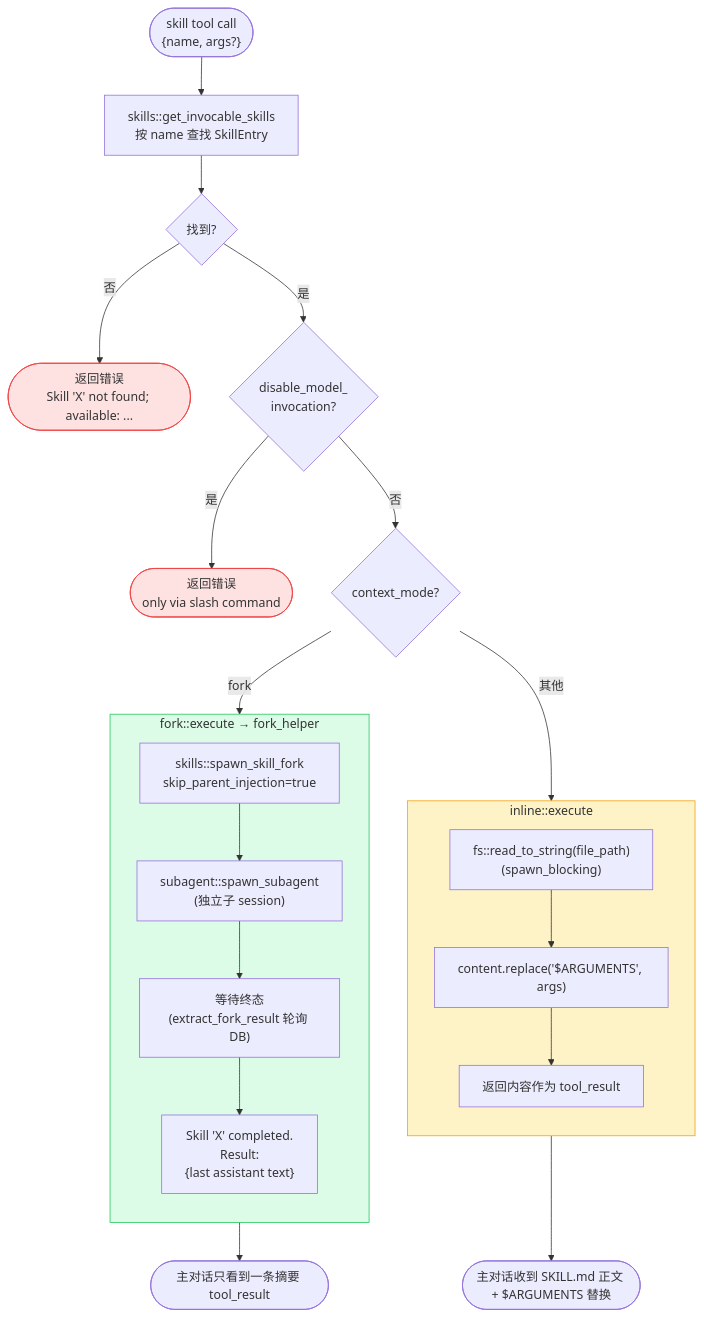
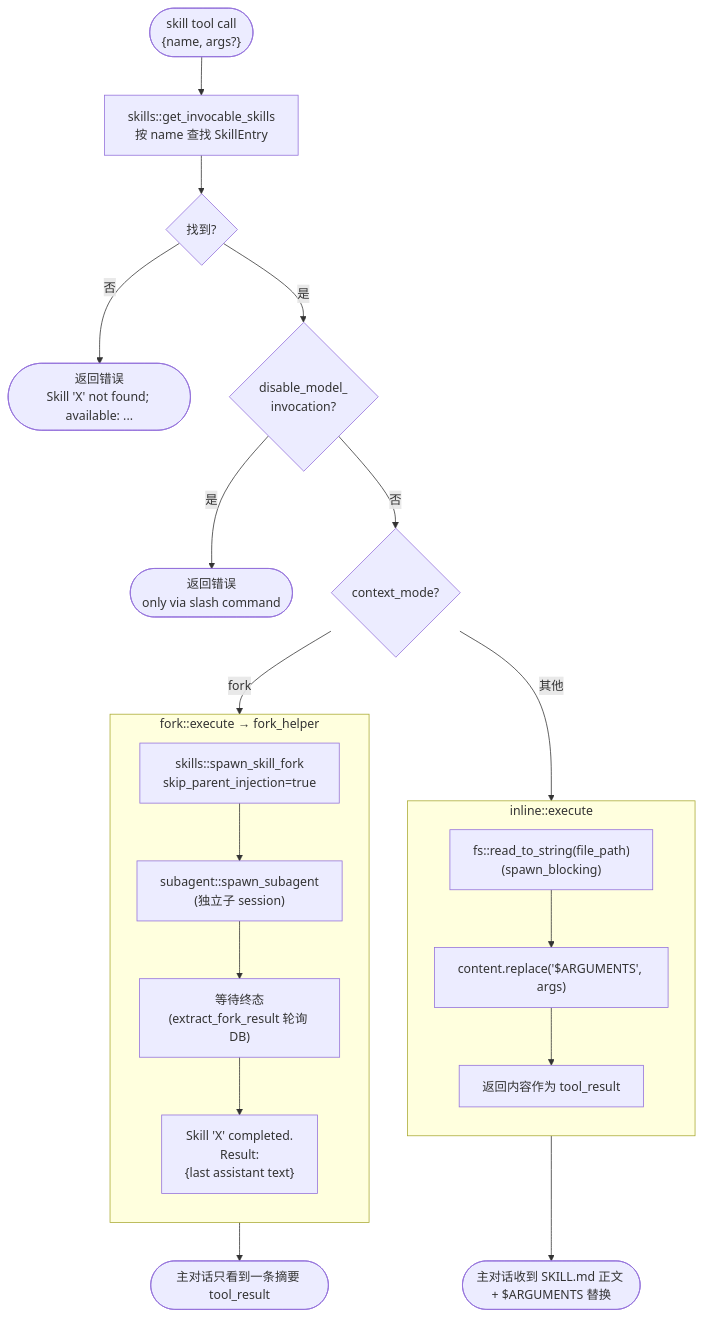
One commit to shiwenwen/hope-agent changed the fifth of 18 diagrams in docs/architecture/skill-system.md. Above: the diagram before and after it, drawn with Mermaid. The commit also changed other lines of this file and 13 other files, not shown here.

First line of the commit message:
docs: 移除 mermaid 图表中的自定义背景色填充

````diff
--- a/docs/architecture/skill-system.md
+++ b/docs/architecture/skill-system.md
@@ -468,33 +458,29 @@
 ```mermaid
 flowchart TD
     TOOL(["skill tool call<br/>{name, args?}"]) --> LOOKUP["skills::get_invocable_skills<br/>按 name 查找 SkillEntry"]
     LOOKUP --> FOUND{"找到?"}
     FOUND -->|否| ERR(["返回错误<br/>Skill 'X' not found; available: ..."])
     FOUND -->|是| DIM{"disable_model_<br/>invocation?"}
     DIM -->|是| ERR2(["返回错误<br/>only via slash command"])
     DIM -->|否| MODE{"context_mode?"}
 
     MODE -->|"fork"| FORK
     MODE -->|其他| INLINE
 
     subgraph INLINE["inline::execute"]
         direction TB
         R1["fs::read_to_string(file_path)<br/>(spawn_blocking)"] --> R2["content.replace('$ARGUMENTS', args)"]
         R2 --> R3["返回内容作为 tool_result"]
     end
 
     subgraph FORK["fork::execute → fork_helper"]
         direction TB
         F1["skills::spawn_skill_fork<br/>skip_parent_injection=true"] --> F2["subagent::spawn_subagent<br/>(独立子 session)"]
         F2 --> F3["等待终态<br/>(extract_fork_result 轮询 DB)"]
         F3 --> F4["Skill 'X' completed.<br/>Result:<br/>{last assistant text}"]
     end
 
     INLINE --> OUT_IN(["主对话收到 SKILL.md 正文 + $ARGUMENTS 替换"])
     FORK --> OUT_FK(["主对话只看到一条摘要 tool_result"])
 
-    style INLINE fill:#fef3c7,stroke:#f59e0b
-    style FORK fill:#dcfce7,stroke:#22c55e
-    style ERR fill:#fee2e2,stroke:#ef4444
-    style ERR2 fill:#fee2e2,stroke:#ef4444
 ```
````
